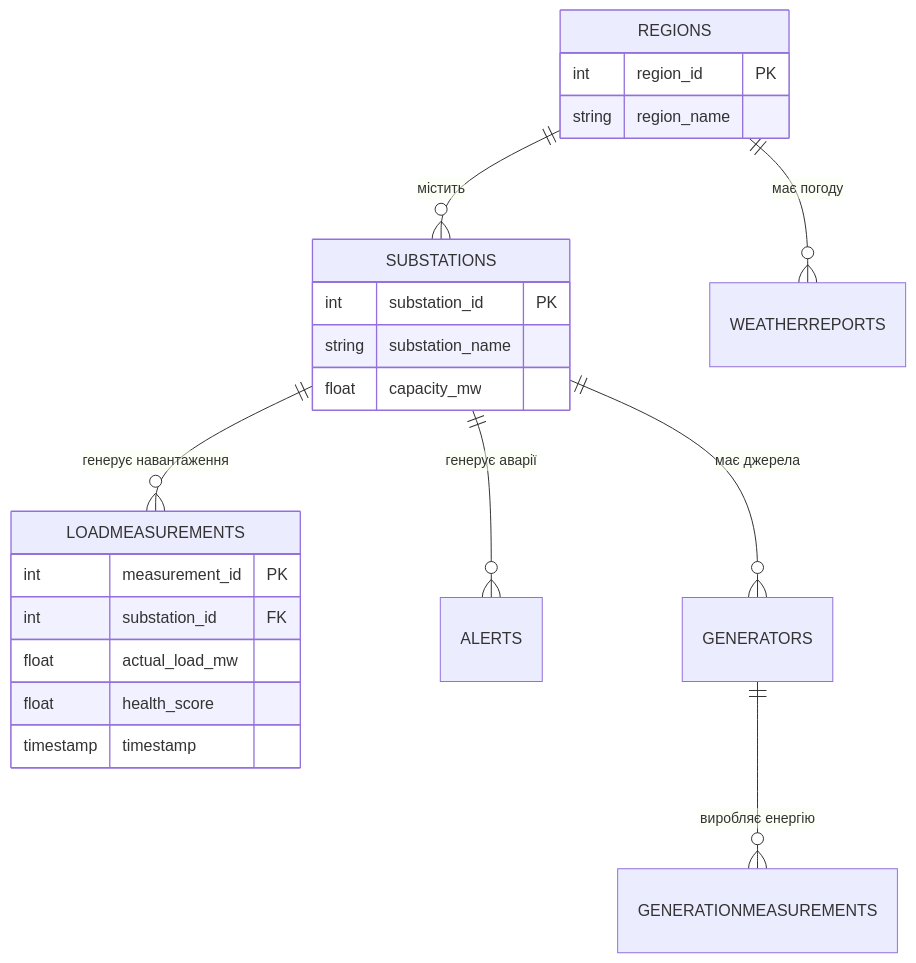
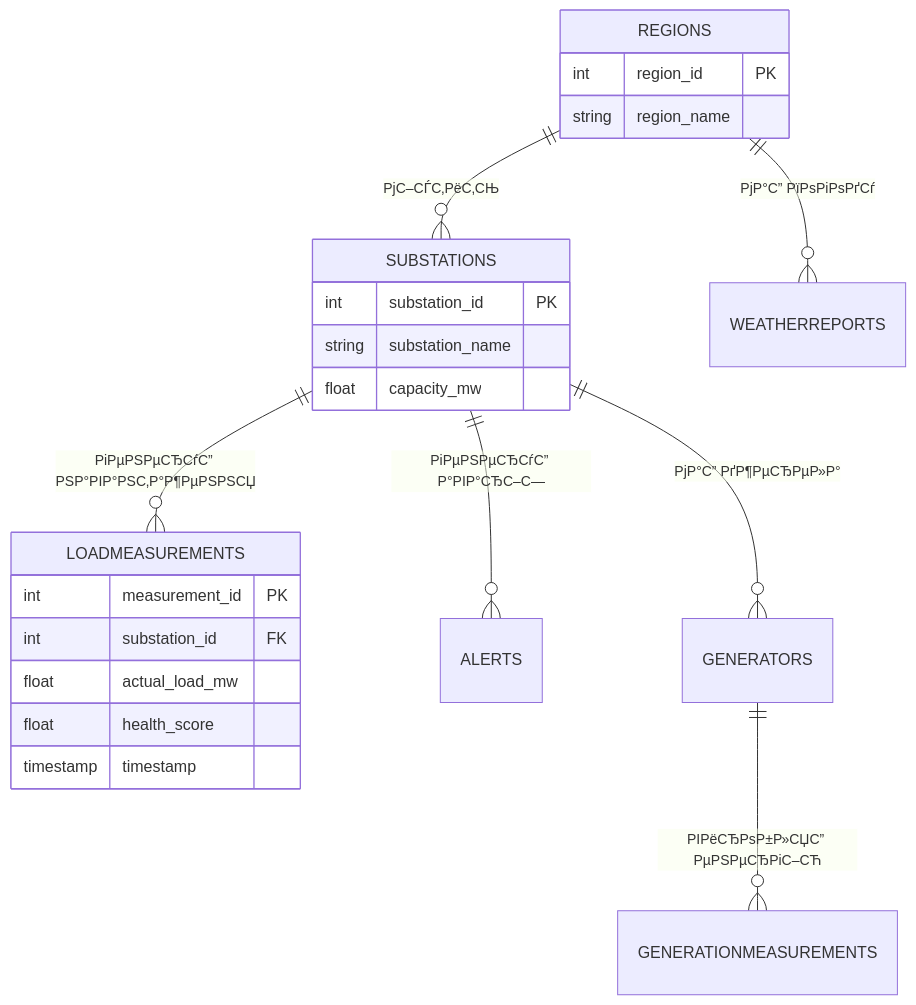
Before and after one commit to Lutvunenko-Dmutro/EnergyMonitor-OLAP: the third of 4 diagrams in docs/thesis/THESIS_3_DESIGN_AND_IMPLEMENTATION_EXPANDED.md, drawn with Mermaid. The commit also changed other lines of this file and 4 other files, not shown here.

````diff
--- a/docs/thesis/THESIS_3_DESIGN_AND_IMPLEMENTATION_EXPANDED.md
+++ b/docs/thesis/THESIS_3_DESIGN_AND_IMPLEMENTATION_EXPANDED.md
@@ -105,26 +105,26 @@
 ```mermaid
 erDiagram
-    REGIONS ||--o{ SUBSTATIONS : "містить"
-    SUBSTATIONS ||--o{ LOADMEASUREMENTS : "генерує навантаження"
-    SUBSTATIONS ||--o{ ALERTS : "генерує аварії"
-    SUBSTATIONS ||--o{ GENERATORS : "має джерела"
-    GENERATORS ||--o{ GENERATIONMEASUREMENTS : "виробляє енергію"
-    REGIONS ||--o{ WEATHERREPORTS : "має погоду"
+    REGIONS ||--o{ SUBSTATIONS : "РјС–СЃС‚РёС‚СЊ"
+    SUBSTATIONS ||--o{ LOADMEASUREMENTS : "РіРµРЅРµСЂСѓС” РЅР°РІР°РЅС‚Р°Р¶РµРЅРЅСЏ"
+    SUBSTATIONS ||--o{ ALERTS : "РіРµРЅРµСЂСѓС” Р°РІР°СЂС–С—"
+    SUBSTATIONS ||--o{ GENERATORS : "РјР°С” РґР¶РµСЂРµР»Р°"
+    GENERATORS ||--o{ GENERATIONMEASUREMENTS : "РІРёСЂРѕР±Р»СЏС” РµРЅРµСЂРіС–СЋ"
+    REGIONS ||--o{ WEATHERREPORTS : "РјР°С” РїРѕРіРѕРґСѓ"
 
     REGIONS {
         int region_id PK
         string region_name
     }
     SUBSTATIONS {
         int substation_id PK
         string substation_name
         float capacity_mw
     }
     LOADMEASUREMENTS {
         int measurement_id PK
         int substation_id FK
         float actual_load_mw
         float health_score
         timestamp timestamp
     }
 ```
````
